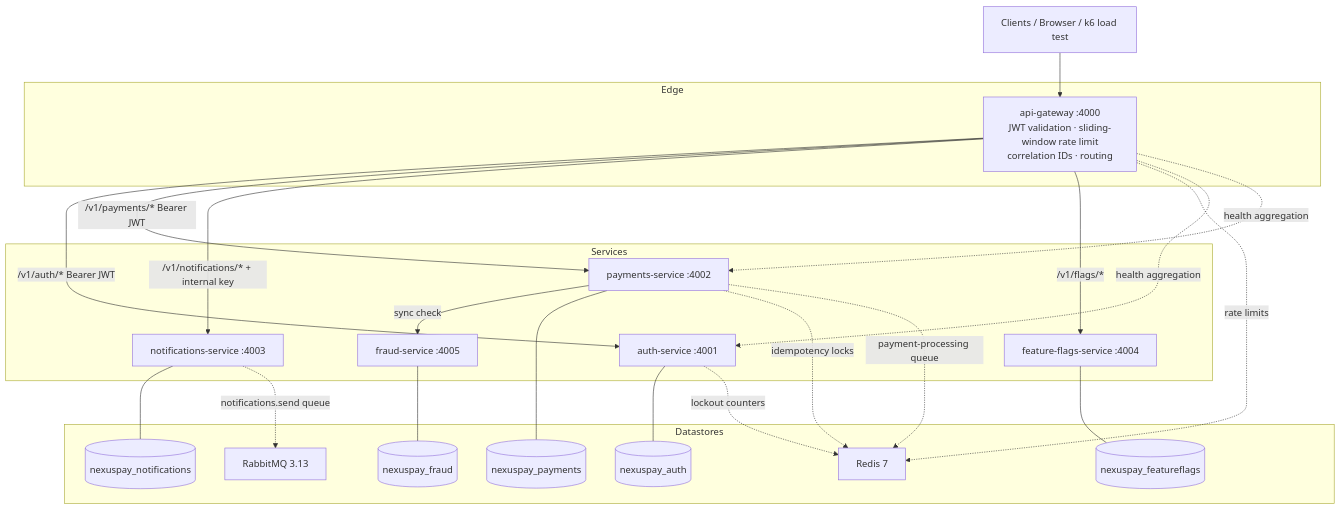
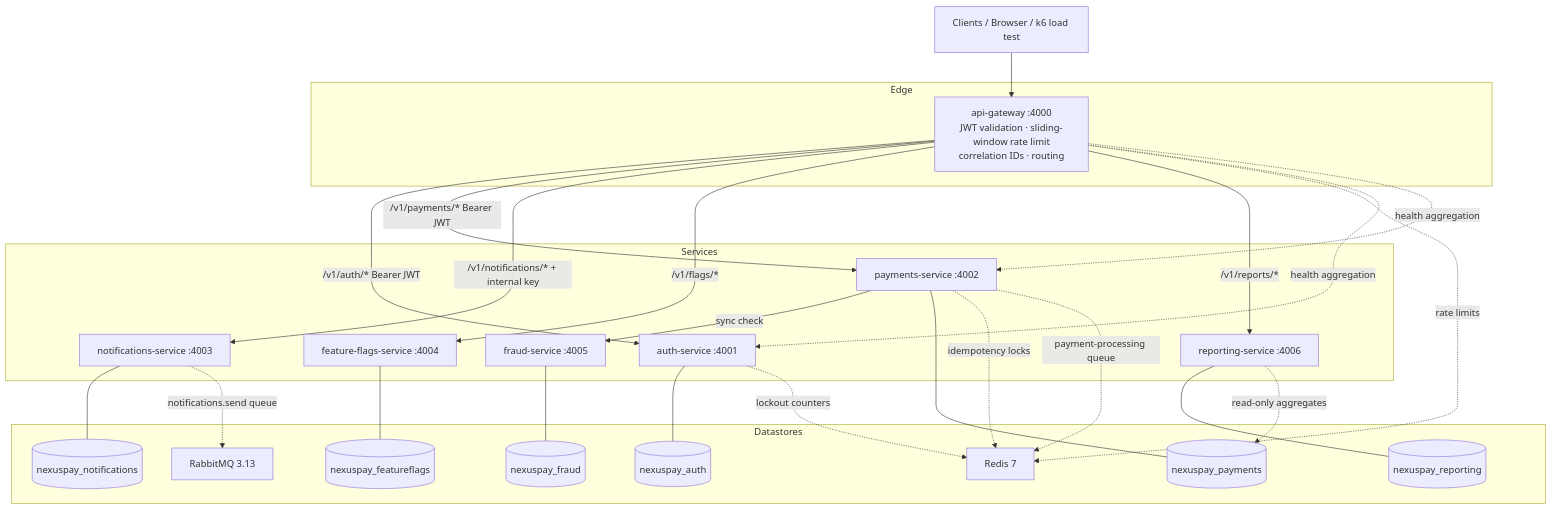
One commit to cypher682/nexuspay-platform changed the diagram in docs/architecture.md. Above: the diagram before and after it, drawn with Mermaid. The commit also changed 8 other files, not shown here.

Commit message:
docs(reporting): document service, CronJob and live E2E evidence; bump counts to seven services

````diff
--- a/docs/architecture.md
+++ b/docs/architecture.md
@@ -5,45 +5,50 @@
 ```mermaid
 flowchart TB
     Client[Clients / Browser / k6 load test]
 
     subgraph Edge
         GW[api-gateway :4000<br/>JWT validation · sliding-window rate limit<br/>correlation IDs · routing]
     end
 
     subgraph Services
         AUTH[auth-service :4001]
         PAY[payments-service :4002]
         NOTIF[notifications-service :4003]
         FF[feature-flags-service :4004]
         FRAUD[fraud-service :4005]
+        REP[reporting-service :4006]
     end
 
     subgraph Datastores
         PG1[(nexuspay_auth)]
         PG2[(nexuspay_payments)]
         PG3[(nexuspay_notifications)]
         PG4[(nexuspay_featureflags)]
         PG5[(nexuspay_fraud)]
+        PG6[(nexuspay_reporting)]
         RD[Redis 7]
         MQ[RabbitMQ 3.13]
     end
 
     Client --> GW
     GW -->|/v1/auth/* Bearer JWT| AUTH
     GW -->|/v1/payments/* Bearer JWT| PAY
     GW -->|/v1/notifications/* + internal key| NOTIF
     GW -->|/v1/flags/*| FF
+    GW -->|/v1/reports/*| REP
     PAY -->|sync check| FRAUD
     GW -.->|rate limits| RD
     GW -.->|health aggregation| AUTH & PAY
 
     AUTH --- PG1
     AUTH -.->|lockout counters| RD
     PAY --- PG2
     PAY -.->|idempotency locks| RD
     PAY -.->|payment-processing queue| RD
     NOTIF --- PG3
     FF --- PG4
     FRAUD --- PG5
+    REP --- PG6
+    REP -.->|read-only aggregates| PG2
     NOTIF -.->|notifications.send queue| MQ
 ```
````
